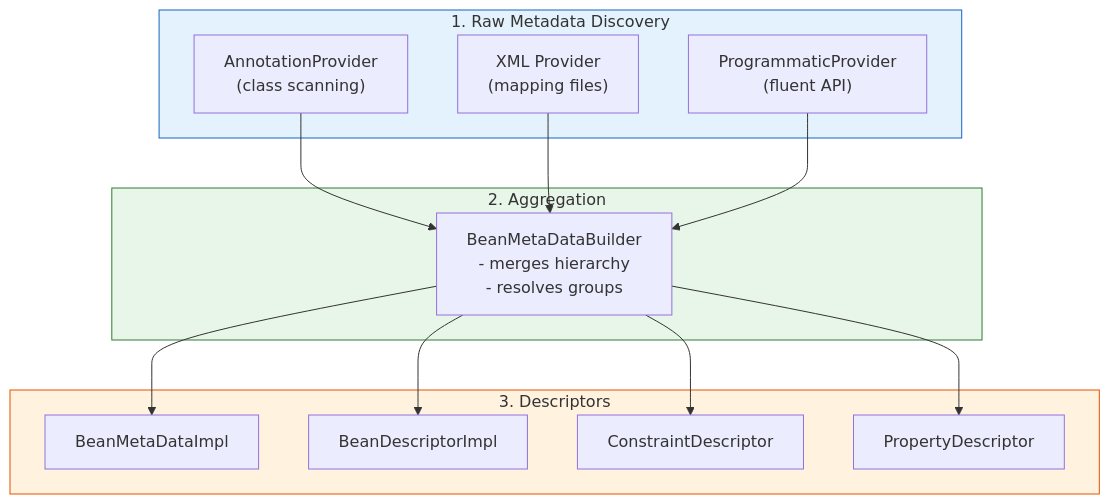
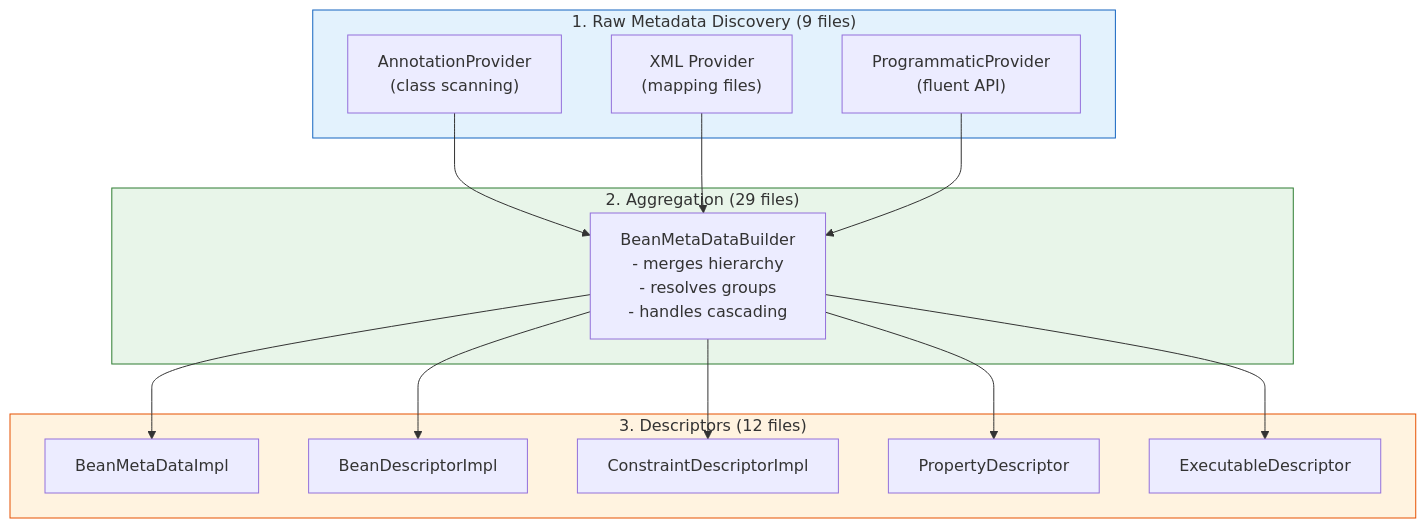
Before and after one commit to jakartaredhat/quarkus-bv: the fourth of 5 diagrams in extensions/bean-validator/docs/architecture-hibernate-validator.md, drawn with Mermaid. The commit also changed other lines of this file and 4 other files, not shown here.

````diff
--- a/extensions/bean-validator/docs/architecture-hibernate-validator.md
+++ b/extensions/bean-validator/docs/architecture-hibernate-validator.md
@@ -190,26 +282,27 @@
 ```mermaid
 graph TB
-    subgraph DISCOVERY["1. Raw Metadata Discovery"]
+    subgraph DISCOVERY["1. Raw Metadata Discovery (9 files)"]
         AP2["AnnotationProvider<br/>(class scanning)"]
         XP2["XML Provider<br/>(mapping files)"]
         PP2["ProgrammaticProvider<br/>(fluent API)"]
     end
 
-    subgraph AGGREGATION["2. Aggregation"]
-        BMDB["BeanMetaDataBuilder<br/>- merges hierarchy<br/>- resolves groups"]
+    subgraph AGGREGATION["2. Aggregation (29 files)"]
+        BMDB["BeanMetaDataBuilder<br/>- merges hierarchy<br/>- resolves groups<br/>- handles cascading"]
     end
 
-    subgraph DESCRIPTORS["3. Descriptors"]
+    subgraph DESCRIPTORS["3. Descriptors (12 files)"]
         BMD2["BeanMetaDataImpl"]
         BDI["BeanDescriptorImpl"]
-        CDI2["ConstraintDescriptor"]
+        CDI2["ConstraintDescriptorImpl"]
         PDI["PropertyDescriptor"]
+        EDI["ExecutableDescriptor"]
     end
 
     AP2 & XP2 & PP2 --> BMDB
-    BMDB --> BMD2 & BDI & CDI2 & PDI
+    BMDB --> BMD2 & BDI & CDI2 & PDI & EDI
 
     style DISCOVERY fill:#e3f2fd,stroke:#1565C0
     style AGGREGATION fill:#e8f5e9,stroke:#2E7D32
     style DESCRIPTORS fill:#fff3e0,stroke:#E65100
 ```
````
